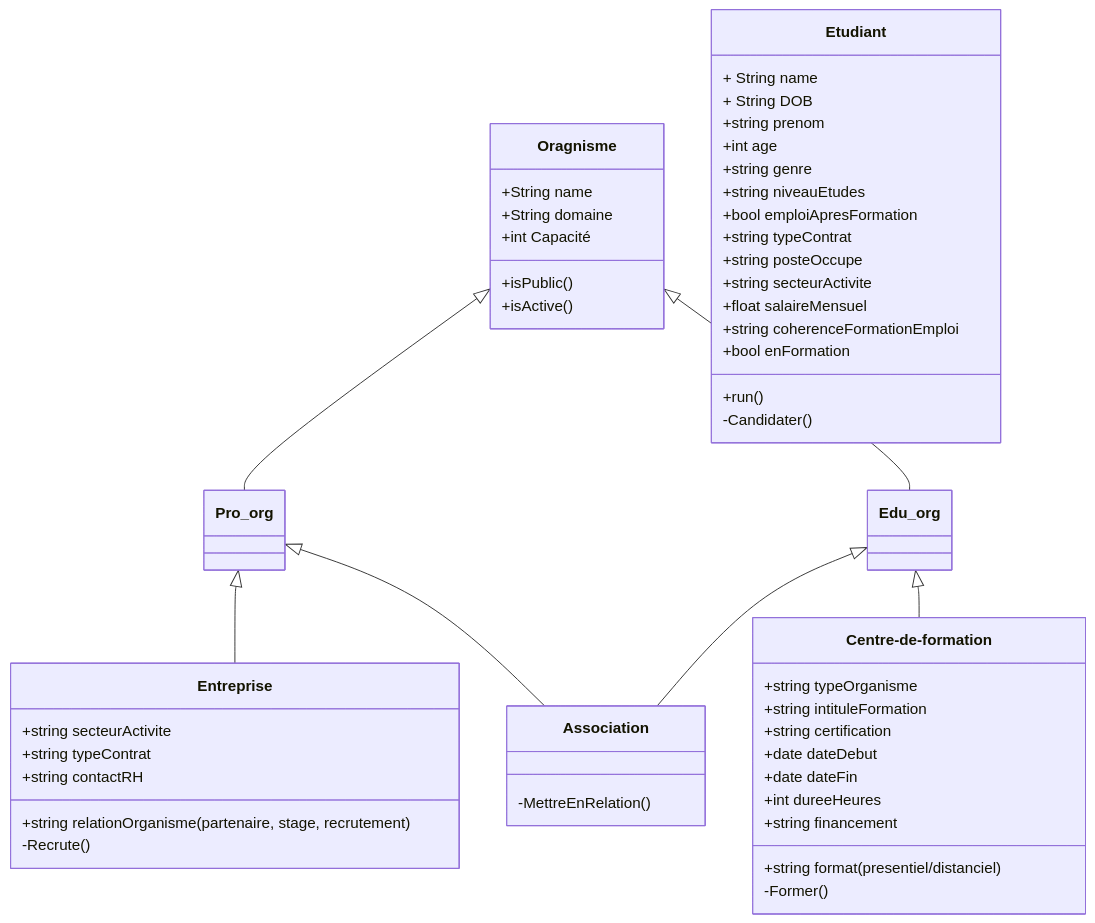
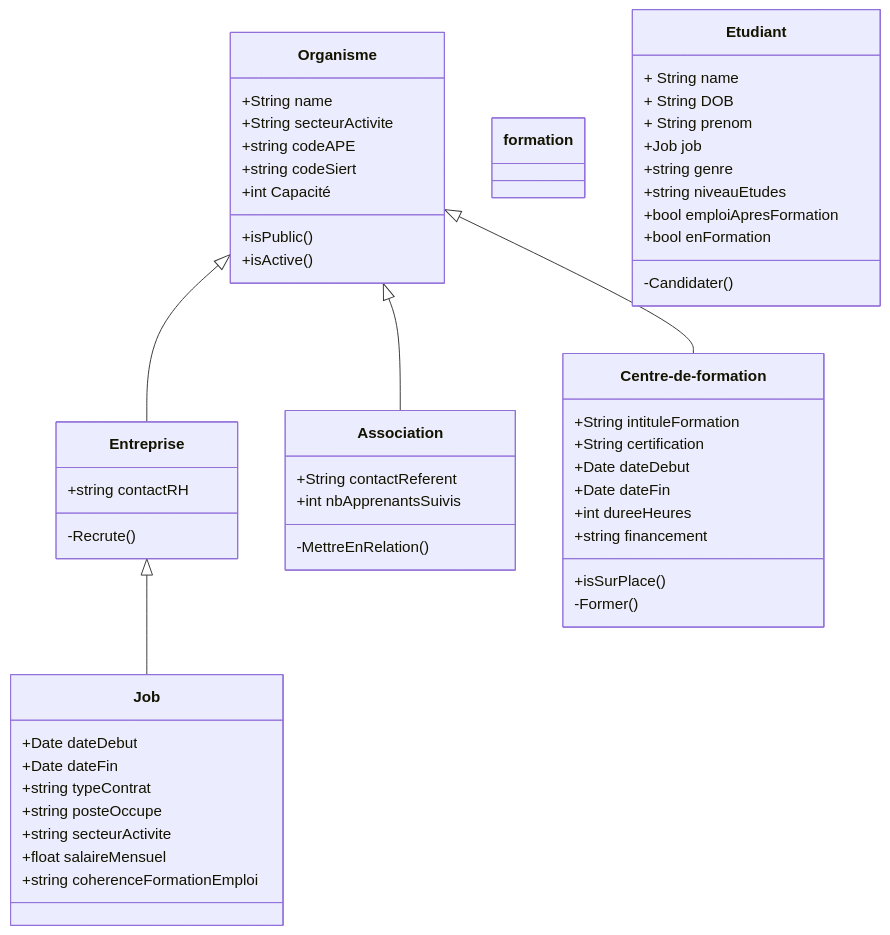
Before and after one commit to bouzidifatimazohra00-ux/inclusion-numerique-93: the diagram in acteurslecaotunglam.md, drawn with Mermaid.

Commit message:
Fix spelling and structure in class diagram
Updated class diagram to correct spelling errors and improve structure.

````diff
--- a/acteurslecaotunglam.md
+++ b/acteurslecaotunglam.md
@@ -2,62 +2,67 @@
 ```mermaid
 classDiagram
      
-    Oragnisme <|-- Pro_org
-    Oragnisme <|-- Edu_org
-    Pro_org <|-- Entreprise
-    Pro_org <|-- Association
-    Edu_org <|-- Association
-    Edu_org <|-- Centre-de-formation
+    Organisme  <|-- Entreprise
+    Organisme  <|-- Association
+    Organisme  <|-- Centre-de-formation
+    Entreprise <|-- Job
+   
     
-    
-    class Oragnisme{
+    class Organisme {
         +String name
         +isPublic()
         +isActive()
-        +String domaine
+        +String secteurActivite
+        +string codeAPE
+        +string codeSiert
         +int Capacité
     }
     
     class Association {
-        -MettreEnRelation()
+          +String contactReferent
+          +int nbApprenantsSuivis
+          -MettreEnRelation()
     }
     
     class Centre-de-formation{
-        +string typeOrganisme
-        +string intituleFormation
-        +string certification
-        +date dateDebut
-        +date dateFin
+        +String intituleFormation
+        +String certification
+        +Date dateDebut
+        +Date dateFin
         +int dureeHeures
         +string financement
-        +string format (presentiel/distanciel)
+        +isSurPlace()
         -Former()     
     }
       
     class Entreprise{
-        +string secteurActivite
-        +string typeContrat
-        +string relationOrganisme (partenaire, stage, recrutement)
+        
         +string contactRH
         -Recrute()
     }
+
+     class Job{
+ +Date dateDebut
+        +Date dateFin
+          +string typeContrat
+    +string posteOccupe
+          +string secteurActivite
+          +float salaireMensuel
+          +string coherenceFormationEmploi
+     }
+
+class formation {
+}
         
     class Etudiant{
-        + String name
-        + String DOB
-         +string prenom
-  +int age
-  +string genre
-  +string niveauEtudes
-  +bool emploiApresFormation
-  +string typeContrat
-  +string posteOccupe
-  +string secteurActivite
-  +float salaireMensuel
-  +string coherenceFormationEmploi
-        
-        +bool enFormation
-        +run()
-        -Candidater()
+          + String name
+          + String DOB
+          + String prenom
+          +Job job
+          +string genre
+          +string niveauEtudes
+          +bool emploiApresFormation
+          +bool enFormation
+          -Candidater()
     }
 ```
````
